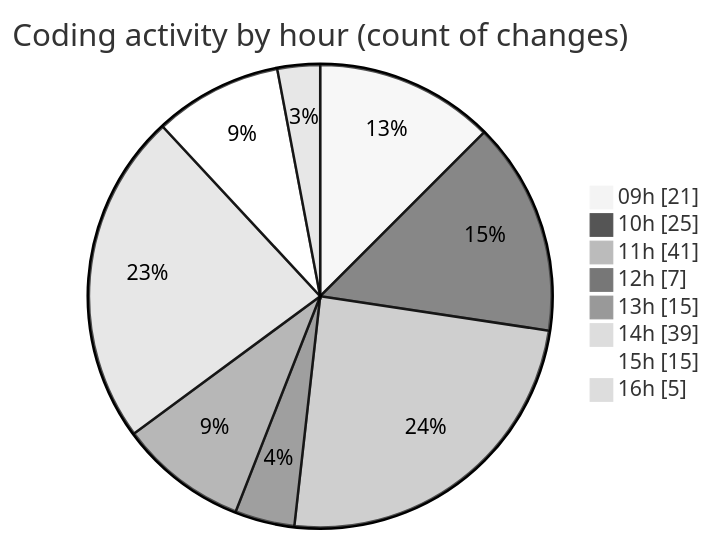
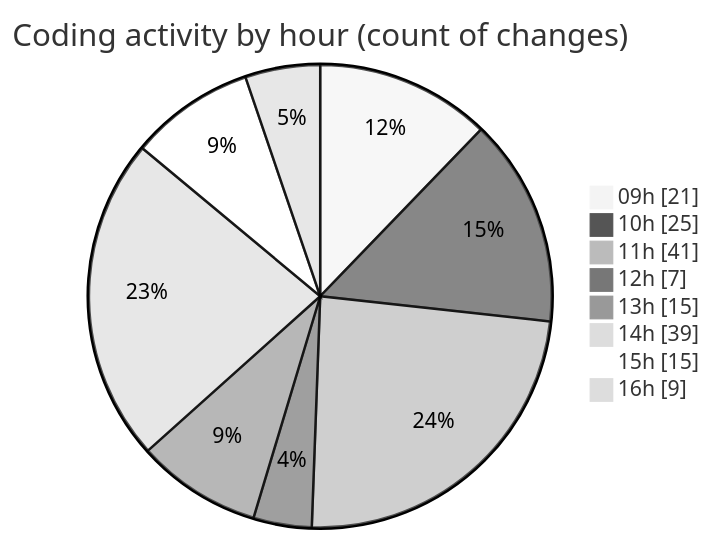
The second of 2 diagrams in 2025-12-01/cda/README.md (momahboobian/code-tracking), drawn with Mermaid (neutral theme) before and after one commit. The commit also changed other lines of this file and 1 other file, not shown here.

````diff
--- a/2025-12-01/cda/README.md
+++ b/2025-12-01/cda/README.md
@@ -50,12 +50,12 @@
 ```mermaid
 pie showData
 title Coding activity by hour (count of changes)
 "09h" : 21
 "10h" : 25
 "11h" : 41
 "12h" : 7
 "13h" : 15
 "14h" : 39
 "15h" : 15
-"16h" : 5
+"16h" : 9
 ```
````
